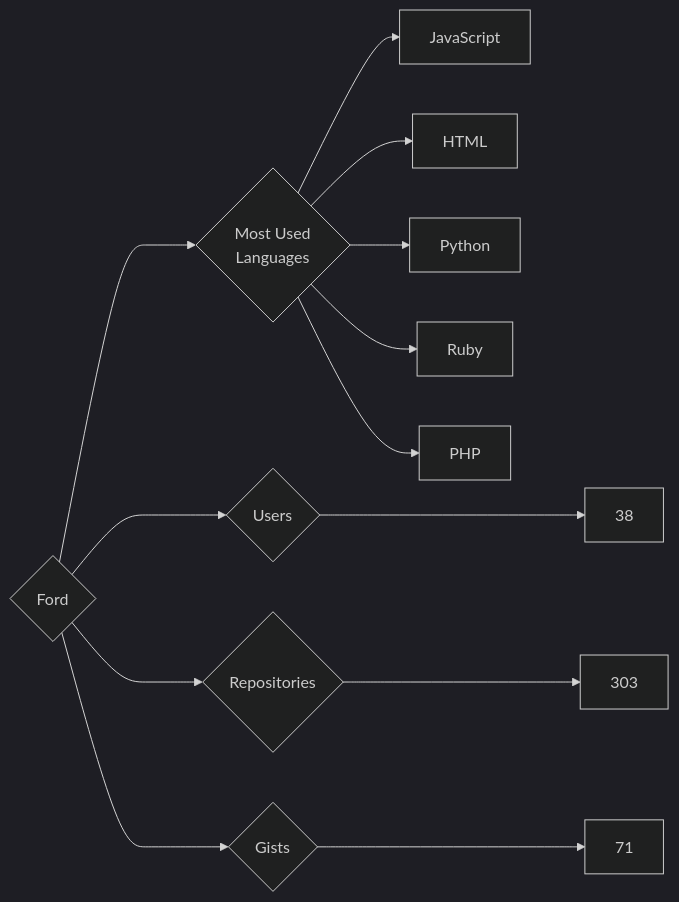
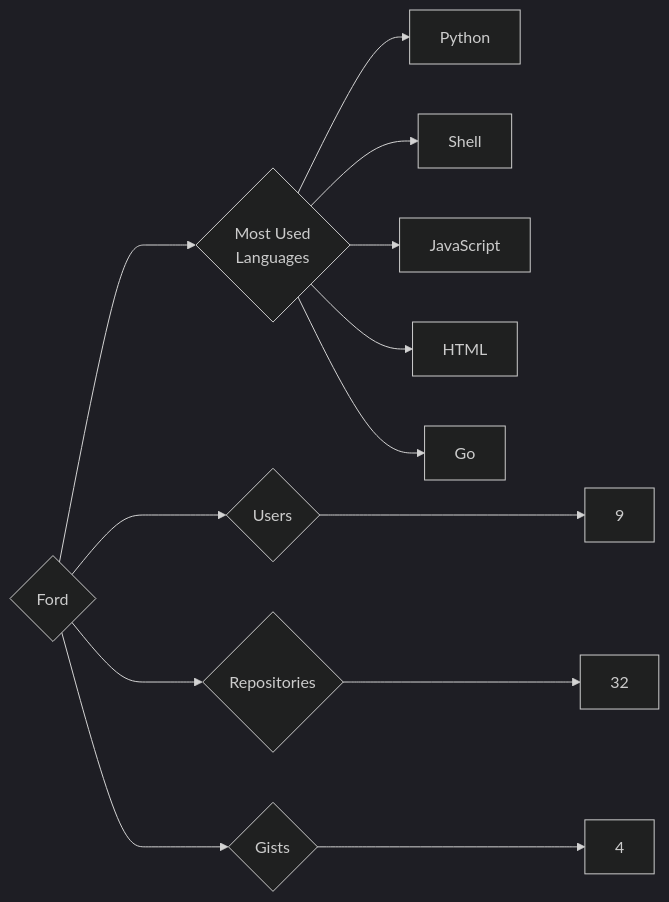
Before and after one commit to trickest/insiders: the diagram in targets/Ford/README.md, drawn with Mermaid (dark theme). The commit also changed 912 other files, not shown here.

````diff
--- a/targets/Ford/README.md
+++ b/targets/Ford/README.md
@@ -3,13 +3,13 @@
 ```mermaid
 graph LR
 COMPANY_NAME{Ford}
-COMPANY_NAME ---> U{Users} ---> UN[38]
-COMPANY_NAME ---> R{Repositories} ---> RN[303]
-COMPANY_NAME ---> G{Gists} ---> GN[71]
+COMPANY_NAME ---> U{Users} ---> UN[9]
+COMPANY_NAME ---> R{Repositories} ---> RN[32]
+COMPANY_NAME ---> G{Gists} ---> GN[4]
 COMPANY_NAME ---> ML{Most Used<br>Languages}
+ML --> Python[Python]
+ML --> Shell[Shell]
 ML --> JavaScript[JavaScript]
 ML --> HTML[HTML]
-ML --> Python[Python]
-ML --> Ruby[Ruby]
-ML --> PHP[PHP]
+ML --> Go[Go]
 ```
````
